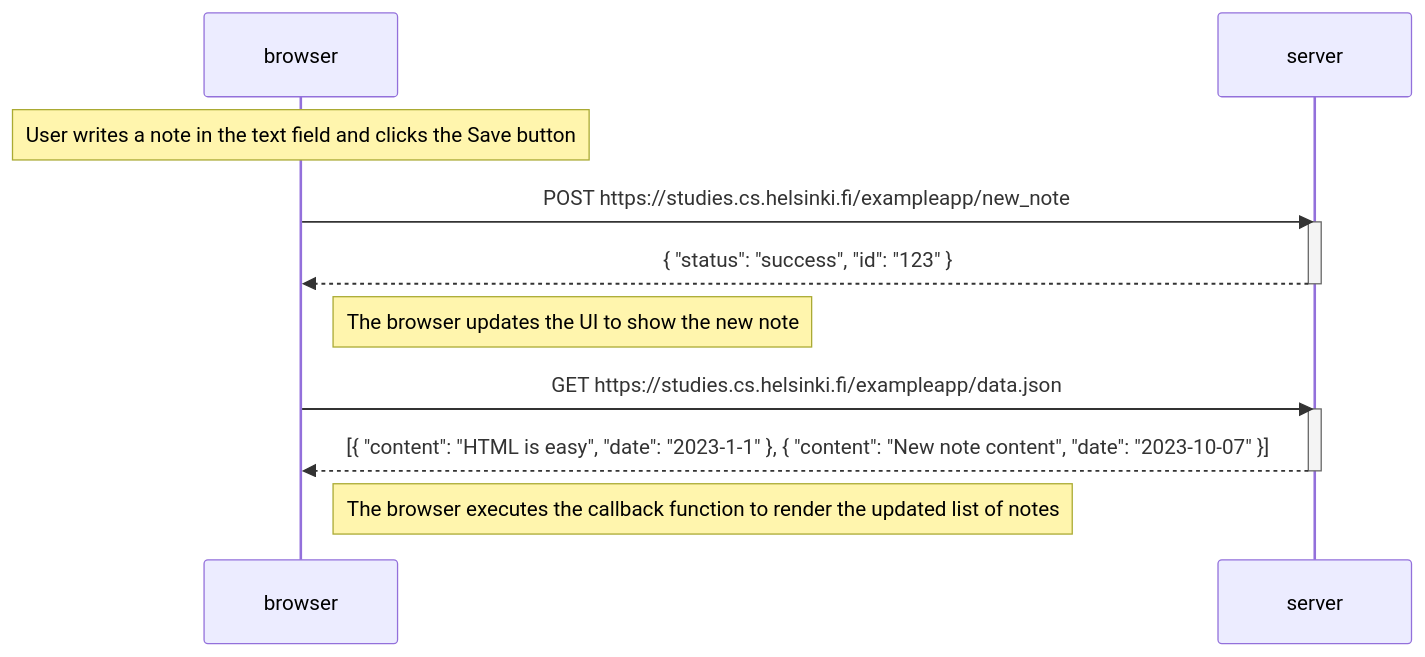
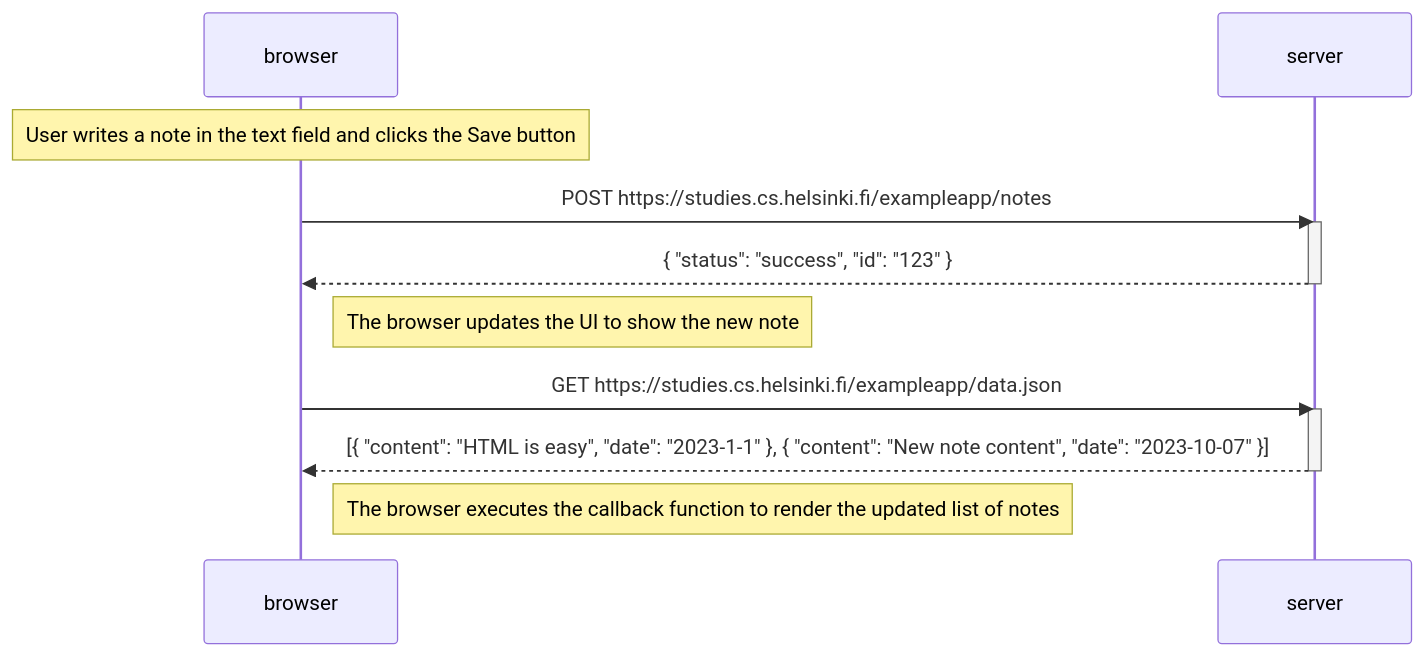
Before and after one commit to WitekDomina/fullstackopen_domina4c: the diagram in part 0/04.md, drawn with Mermaid.

Commit message:
04 changes

````diff
--- a/part 0/04.md
+++ b/part 0/04.md
@@ -1,20 +1,20 @@
 ```mermaid
 sequenceDiagram
     participant browser
     participant server
 
     Note over browser: User writes a note in the text field and clicks the Save button
 
-    browser->>server: POST https://studies.cs.helsinki.fi/exampleapp/new_note
+    browser->>server: POST https://studies.cs.helsinki.fi/exampleapp/notes
     activate server
     server-->>browser: { "status": "success", "id": "123" }
     deactivate server
 
     Note right of browser: The browser updates the UI to show the new note
     browser->>server: GET https://studies.cs.helsinki.fi/exampleapp/data.json
     activate server
     server-->>browser: [{ "content": "HTML is easy", "date": "2023-1-1" }, { "content": "New note content", "date": "2023-10-07" }]
     deactivate server
 
     Note right of browser: The browser executes the callback function to render the updated list of notes
 ```
````
